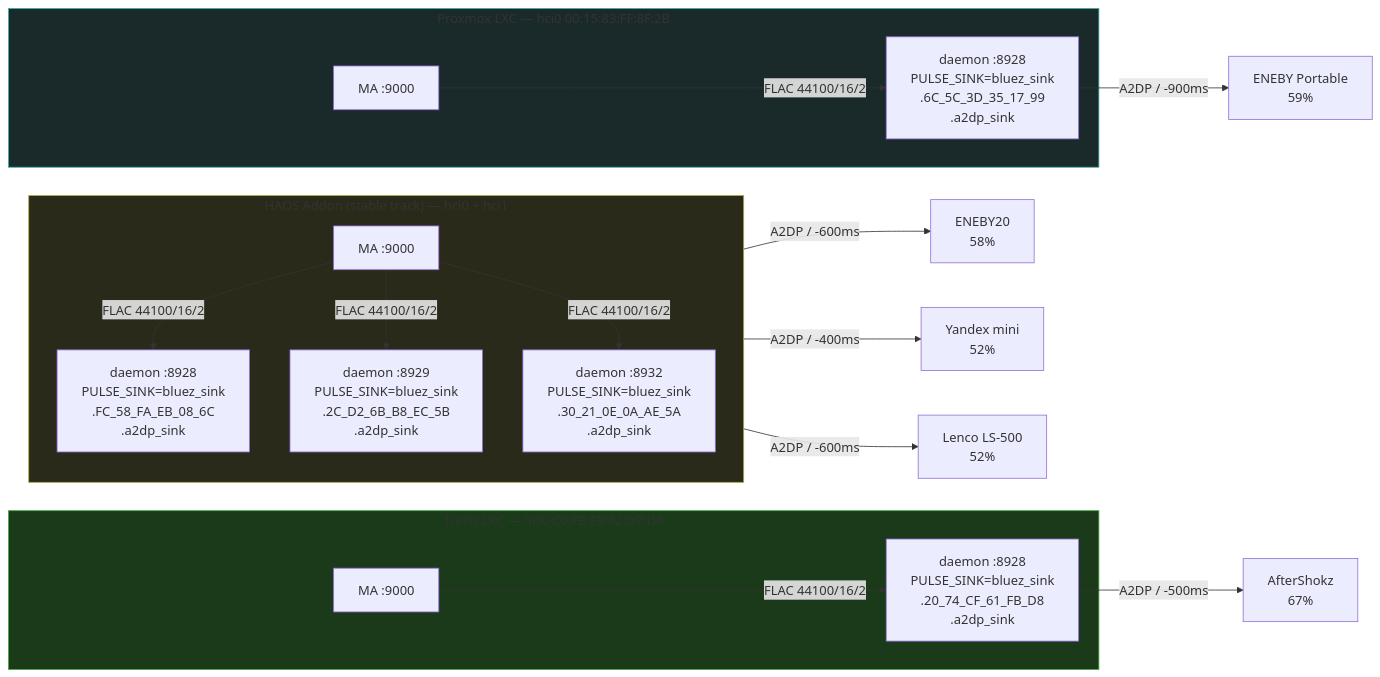
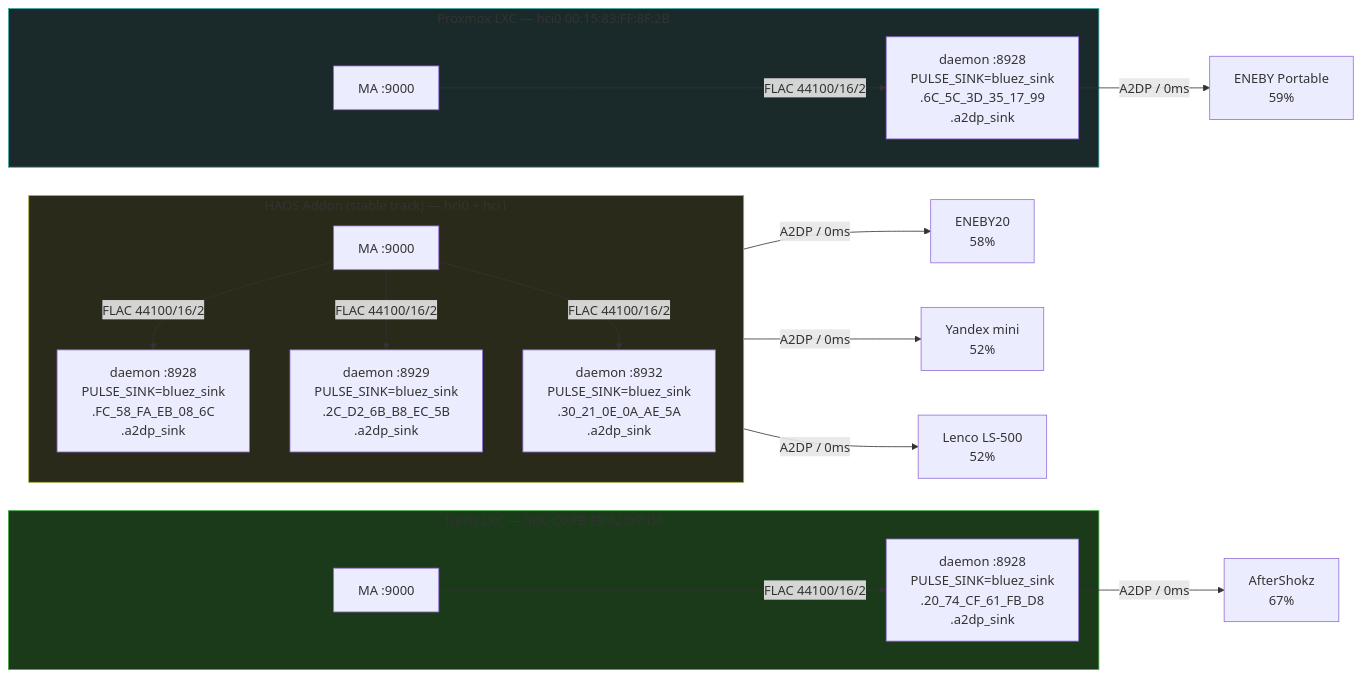
Before and after one commit to trudenboy/sendspin-bt-bridge: the second of 3 diagrams in docs-site/src/content/docs/test-stand.md, drawn with Mermaid. The commit also changed other lines of this file and 8 other files, not shown here.

````diff
--- a/docs-site/src/content/docs/test-stand.md
+++ b/docs-site/src/content/docs/test-stand.md
@@ -99,27 +99,27 @@
 ```mermaid
 graph LR
     subgraph haos_bridge["HAOS Addon (stable track) — hci0 + hci1"]
         direction TB
         H_MA["MA :9000"] -->|FLAC 44100/16/2| H_D1["daemon :8928<br/>PULSE_SINK=bluez_sink<br/>.FC_58_FA_EB_08_6C<br/>.a2dp_sink"]
         H_MA -->|FLAC 44100/16/2| H_D2["daemon :8929<br/>PULSE_SINK=bluez_sink<br/>.2C_D2_6B_B8_EC_5B<br/>.a2dp_sink"]
         H_MA -->|FLAC 44100/16/2| H_D3["daemon :8932<br/>PULSE_SINK=bluez_sink<br/>.30_21_0E_0A_AE_5A<br/>.a2dp_sink"]
     end
 
     subgraph proxmox_bridge["Proxmox LXC — hci0 00:15:83:FF:8F:2B"]
         P_MA["MA :9000"] -->|FLAC 44100/16/2| P_D1["daemon :8928<br/>PULSE_SINK=bluez_sink<br/>.6C_5C_3D_35_17_99<br/>.a2dp_sink"]
     end
 
     subgraph turris_bridge["Turris LXC — hci0 C0:FB:F9:62:D7:D6"]
         T_MA["MA :9000"] -->|FLAC 44100/16/2| T_D1["daemon :8928<br/>PULSE_SINK=bluez_sink<br/>.20_74_CF_61_FB_D8<br/>.a2dp_sink"]
     end
 
-    H_D1 -->|"A2DP / -600ms"| S1["ENEBY20<br/>58%"]
-    H_D2 -->|"A2DP / -400ms"| S2["Yandex mini<br/>52%"]
-    H_D3 -->|"A2DP / -600ms"| S3["Lenco LS-500<br/>52%"]
-    P_D1 -->|"A2DP / -900ms"| S4["ENEBY Portable<br/>59%"]
-    T_D1 -->|"A2DP / -500ms"| S5["AfterShokz<br/>67%"]
+    H_D1 -->|"A2DP / 0ms"| S1["ENEBY20<br/>58%"]
+    H_D2 -->|"A2DP / 0ms"| S2["Yandex mini<br/>52%"]
+    H_D3 -->|"A2DP / 0ms"| S3["Lenco LS-500<br/>52%"]
+    P_D1 -->|"A2DP / 0ms"| S4["ENEBY Portable<br/>59%"]
+    T_D1 -->|"A2DP / 0ms"| S5["AfterShokz<br/>67%"]
 
     style haos_bridge fill:#2a2a1a,stroke:#aa4
     style proxmox_bridge fill:#1a2a2a,stroke:#4aa
     style turris_bridge fill:#1a3a1a,stroke:#4a4
 ```
````
